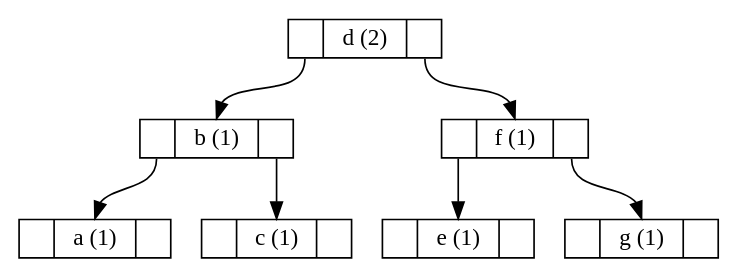
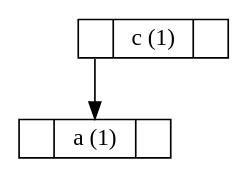
One commit to mrnetbear/Alg-progs changed the diagram in lab4a/build/tree.dot. Above: the diagram before and after it, drawn with Graphviz. The commit also changed 6 other files, not shown here.

```diff
--- a/lab4a/build/tree.dot
+++ b/lab4a/build/tree.dot
@@ -1,16 +1,6 @@
 digraph BSTree {
   node [shape=record, height=0.1];
-  node140566837878592 [label="<left> | <key> d (2) | <right> "];
-  node140566837878592:left -> node140566847307936:key;
-  node140566847307936 [label="<left> | <key> b (1) | <right> "];
-  node140566847307936:left -> node140566837877904:key;
-  node140566837877904 [label="<left> | <key> a (1) | <right> "];
-  node140566847307936:right -> node140566837878016:key;
-  node140566837878016 [label="<left> | <key> c (1) | <right> "];
-  node140566837878592:right -> node140566853599392:key;
-  node140566853599392 [label="<left> | <key> f (1) | <right> "];
-  node140566853599392:left -> node140566847308048:key;
-  node140566847308048 [label="<left> | <key> e (1) | <right> "];
-  node140566853599392:right -> node140566850453728:key;
-  node140566850453728 [label="<left> | <key> g (1) | <right> "];
+  node140659499483296 [label="<left> | <key> c (1) | <right> "];
+  node140659499483296:left -> node140659500531872:key;
+  node140659500531872 [label="<left> | <key> a (1) | <right> "];
 }
```
